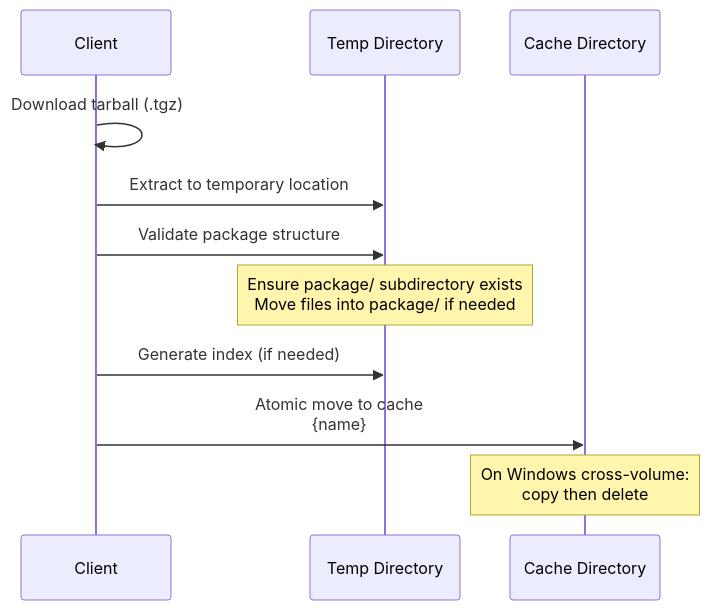
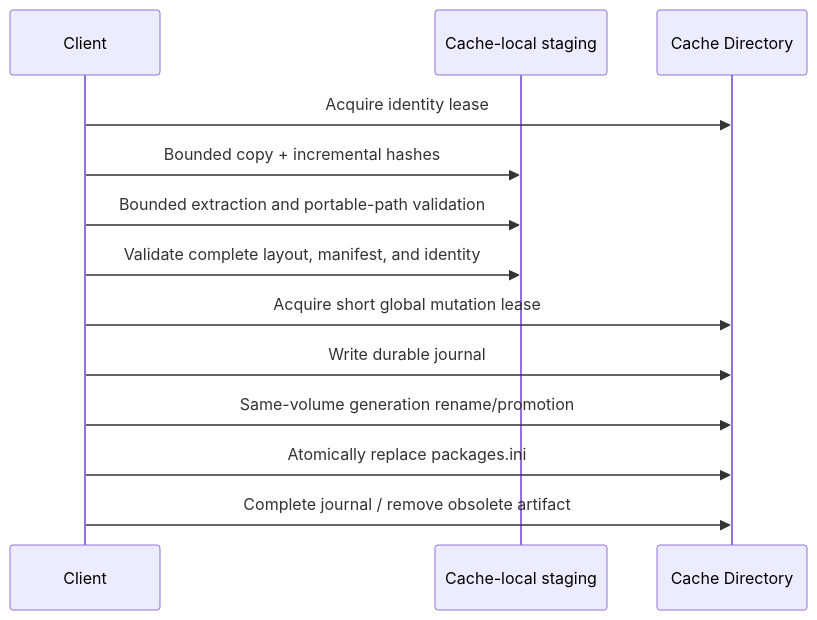
One commit to GinoCanessa/dotnet-fhir-packages changed the second of 2 diagrams in reference/caching.md. Above: the diagram before and after it, drawn with Mermaid. The commit also changed other lines of this file and 36 other files, not shown here.

````diff
--- a/reference/caching.md
+++ b/reference/caching.md
@@ -152,14 +166,16 @@
 ```mermaid
 sequenceDiagram
     participant Client
-    participant Temp as Temp Directory
+    participant Stage as Cache-local staging
     participant Cache as Cache Directory
 
-    Client->>Client: Download tarball (.tgz)
-    Client->>Temp: Extract to temporary location
-    Client->>Temp: Validate package structure
-    Note over Temp: Ensure package/ subdirectory exists<br/>Move files into package/ if needed
-    Client->>Temp: Generate index (if needed)
-    Client->>Cache: Atomic move to cache<br/>{name}#{version}/
-    Note over Cache: On Windows cross-volume:<br/>copy then delete
+    Client->>Cache: Acquire identity lease
+    Client->>Stage: Bounded copy + incremental hashes
+    Client->>Stage: Bounded extraction and portable-path validation
+    Client->>Stage: Validate complete layout, manifest, and identity
+    Client->>Cache: Acquire short global mutation lease
+    Client->>Cache: Write durable journal
+    Client->>Cache: Same-volume generation rename/promotion
+    Client->>Cache: Atomically replace packages.ini
+    Client->>Cache: Complete journal / remove obsolete artifact
 ```
````
